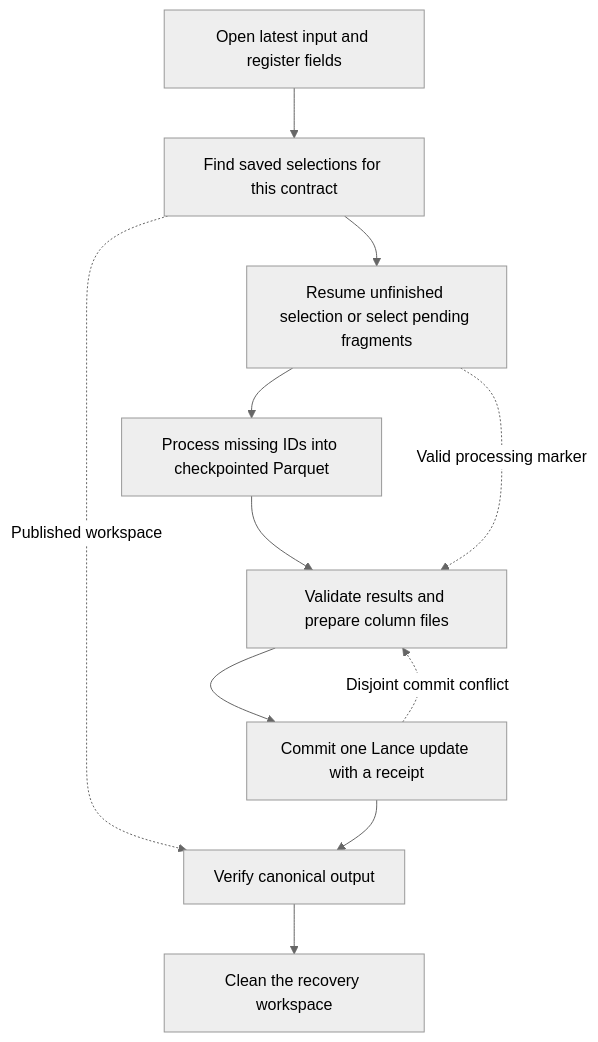
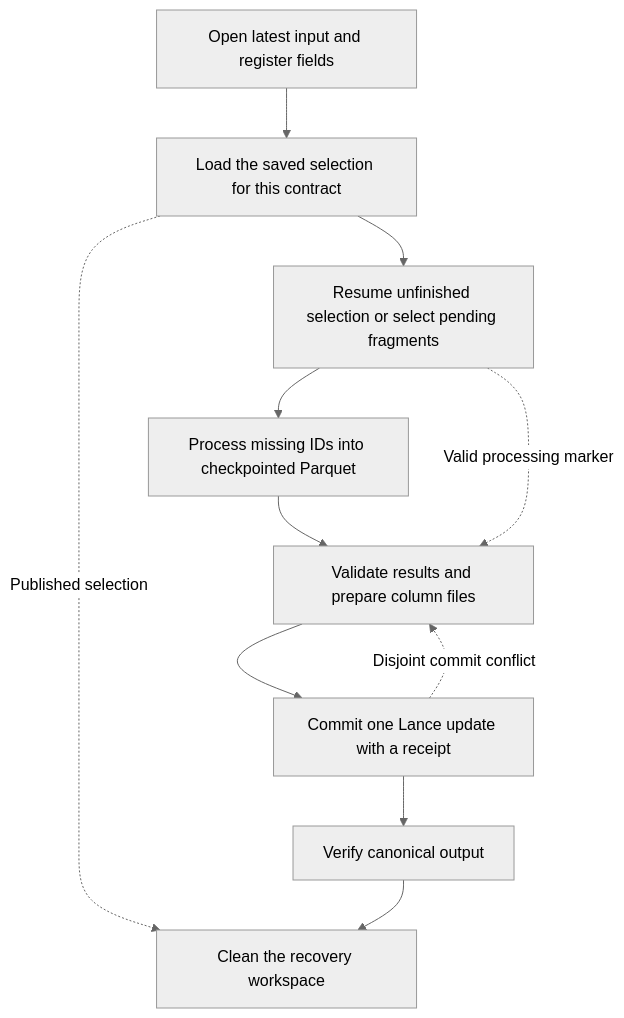
One commit to NVIDIA/cosmos-curator changed the diagram in docs/curator/design/curator-next-checkpoint-recovery.md. Above: the diagram before and after it, drawn with Mermaid (neutral theme). The commit also changed other lines of this file and 112 other files, not shown here.

````diff
--- a/docs/curator/design/curator-next-checkpoint-recovery.md
+++ b/docs/curator/design/curator-next-checkpoint-recovery.md
@@ -132,13 +269,13 @@
 ```mermaid
 flowchart TD
-    input["Open latest input and register fields"] --> recovery["Find saved selections for this contract"]
+    input["Open latest input and register fields"] --> recovery["Load the saved selection for this contract"]
     recovery --> workspace["Resume unfinished selection or select pending fragments"]
-    recovery -. "Published workspace" .-> verify
+    recovery -. "Published selection" .-> cleanup
     workspace --> processing["Process missing IDs into checkpointed Parquet"]
     processing --> prepare["Validate results and prepare column files"]
     workspace -. "Valid processing marker" .-> prepare
     prepare --> commit["Commit one Lance update with a receipt"]
     commit -. "Disjoint commit conflict" .-> prepare
     commit --> verify["Verify canonical output"]
     verify --> cleanup["Clean the recovery workspace"]
 ```
````
